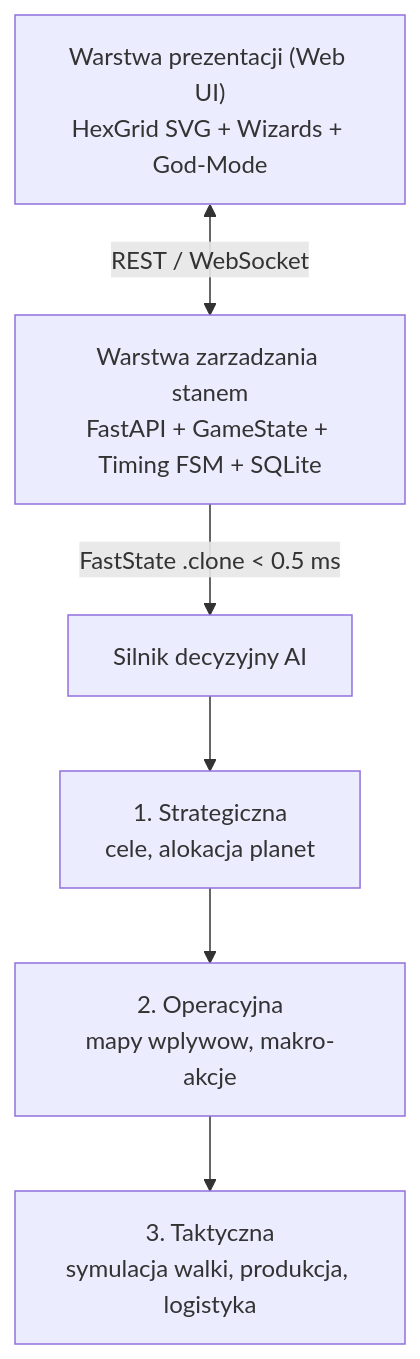
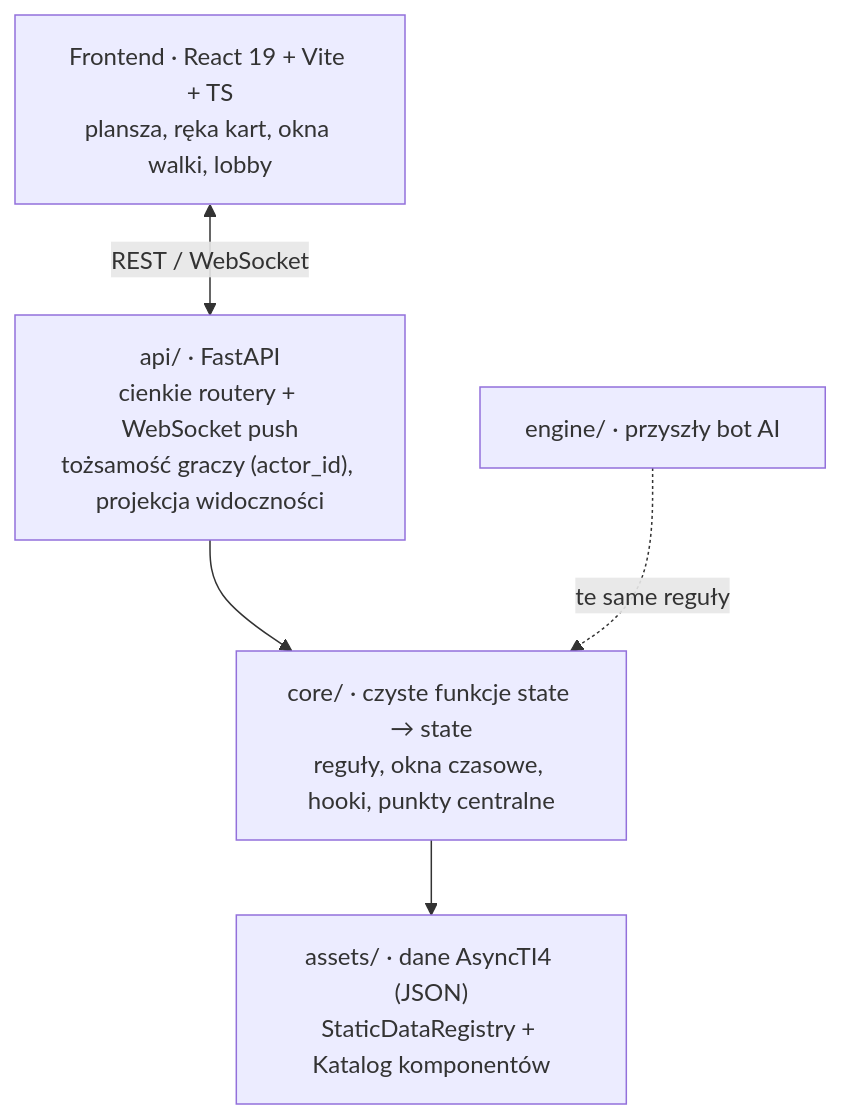
One commit to karolm43/Pax-Magnifica changed the diagram in README.md. Above: the diagram before and after it, drawn with Mermaid. The commit also changed other lines of this file and 7 other files, not shown here.

````diff
--- a/README.md
+++ b/README.md
@@ -38,13 +71,13 @@
 ```mermaid
 flowchart TD
-    UI["Warstwa prezentacji (Web UI)<br/>HexGrid SVG + Wizards + God-Mode"]
-    Core["Warstwa zarzadzania stanem<br/>FastAPI + GameState + Timing FSM + SQLite"]
-    Engine["Silnik decyzyjny AI"]
-    S["1. Strategiczna<br/>cele, alokacja planet"]
-    O["2. Operacyjna<br/>mapy wplywow, makro-akcje"]
-    T["3. Taktyczna<br/>symulacja walki, produkcja, logistyka"]
+    UI["Frontend · React 19 + Vite + TS<br/>plansza, ręka kart, okna walki, lobby"]
+    API["api/ · FastAPI<br/>cienkie routery + WebSocket push<br/>tożsamość graczy (actor_id), projekcja widoczności"]
+    CORE["core/ · czyste funkcje state → state<br/>reguły, okna czasowe, hooki, punkty centralne"]
+    DATA["assets/ · dane AsyncTI4 (JSON)<br/>StaticDataRegistry + Katalog komponentów"]
+    AI["engine/ · przyszły bot AI"]
 
-    UI <-->|REST / WebSocket| Core
-    Core -->|FastState .clone < 0.5 ms| Engine
-    Engine --> S --> O --> T
+    UI <-->|REST / WebSocket| API
+    API --> CORE
+    AI -.->|te same reguły| CORE
+    CORE --> DATA
 ```
````
